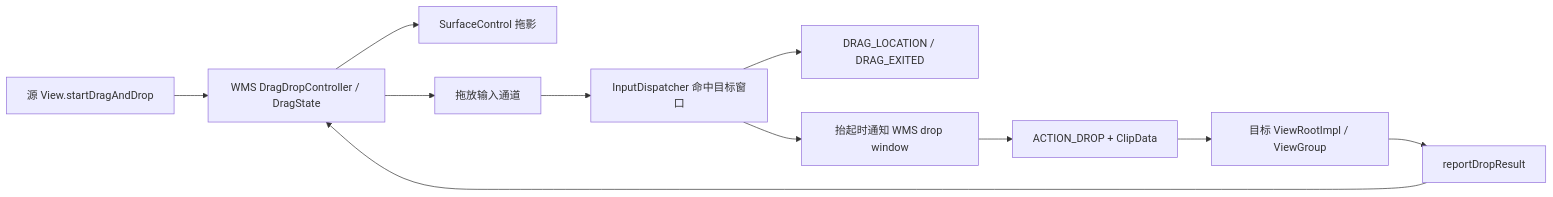
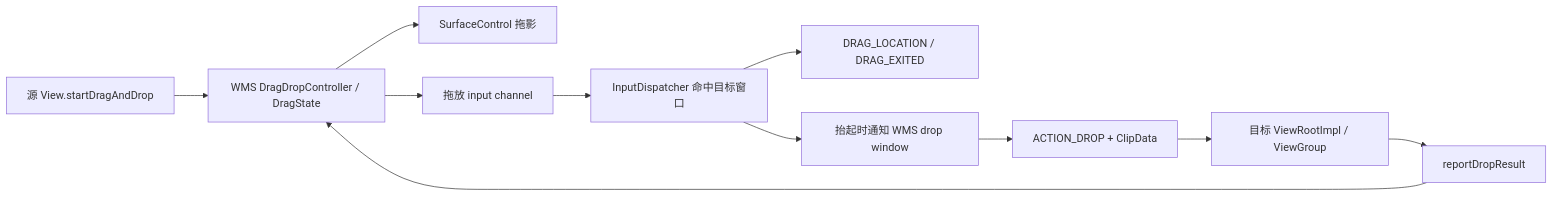
One commit to Gracker/android-internals-wiki changed the third of 3 diagrams in src/part1-fundamentals/ch03-input/13-keyboard-mouse-pointer-input-performance.md. Above: the diagram before and after it, drawn with Mermaid. The commit also changed other lines of this file and 4 other files, not shown here.

````diff
--- a/src/part1-fundamentals/ch03-input/13-keyboard-mouse-pointer-input-performance.md
+++ b/src/part1-fundamentals/ch03-input/13-keyboard-mouse-pointer-input-performance.md
@@ -391,13 +391,13 @@
 ```mermaid
 flowchart LR
     A["源 View.startDragAndDrop"] --> B["WMS DragDropController / DragState"]
     B --> C["SurfaceControl 拖影"]
-    B --> D["拖放输入通道"]
+    B --> D["拖放 input channel"]
     D --> E["InputDispatcher 命中目标窗口"]
     E --> F["DRAG_LOCATION / DRAG_EXITED"]
     E --> G["抬起时通知 WMS drop window"]
     G --> H["ACTION_DROP + ClipData"]
     H --> I["目标 ViewRootImpl / ViewGroup"]
     I --> J["reportDropResult"]
     J --> B
 ```
````
